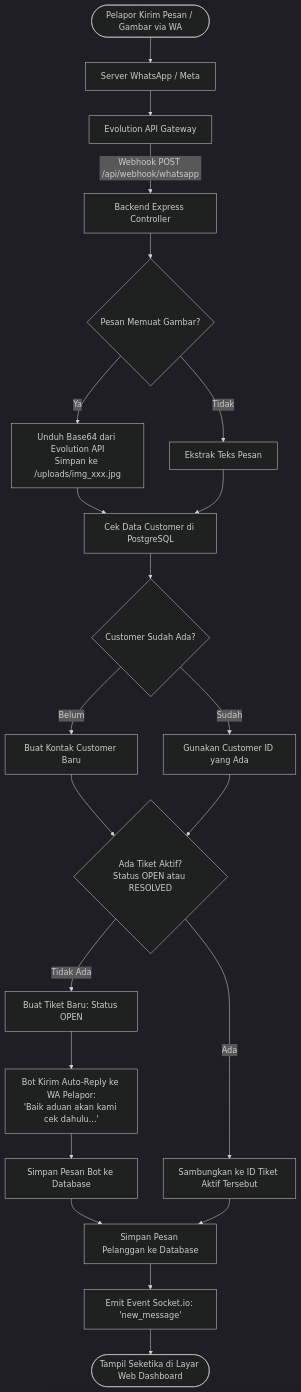
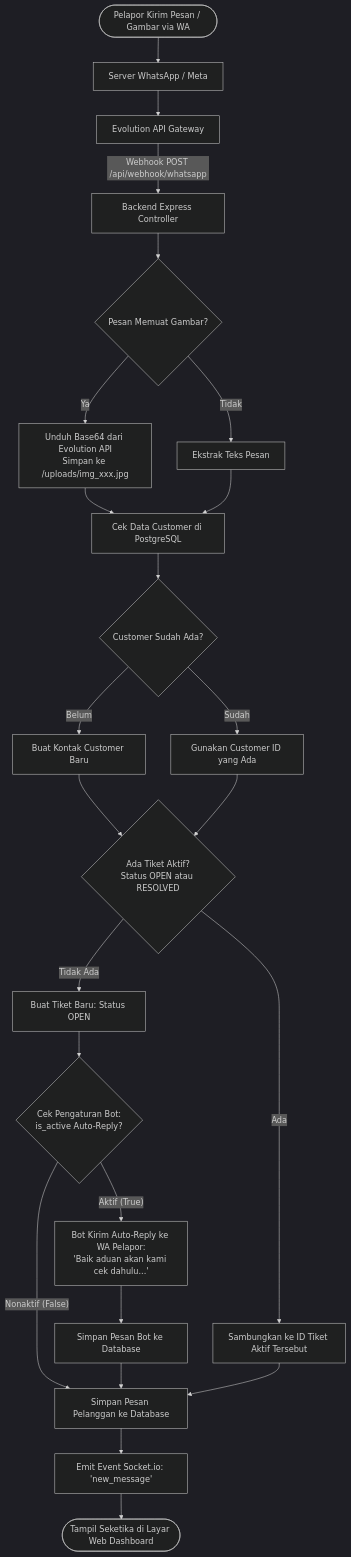
One commit to llaurensius/hts-chat-integration changed the first of 5 diagrams in docs/System_Flowcharts.md. Above: the diagram before and after it, drawn with Mermaid (dark theme). The commit also changed other lines of this file and 12 other files, not shown here.

````diff
--- a/docs/System_Flowcharts.md
+++ b/docs/System_Flowcharts.md
@@ -13,29 +13,31 @@
 ```mermaid
 flowchart TD
     A([Pelapor Kirim Pesan / Gambar via WA]) --> B[Server WhatsApp / Meta]
     B --> C[Evolution API Gateway]
     C -->|Webhook POST /api/webhook/whatsapp| D[Backend Express Controller]
     
     D --> E{Pesan Memuat Gambar?}
     E -- Ya --> F[Unduh Base64 dari Evolution API\nSimpan ke /uploads/img_xxx.jpg]
     E -- Tidak --> G[Ekstrak Teks Pesan]
     F --> H[Cek Data Customer di PostgreSQL]
     G --> H
     
     H --> I{Customer Sudah Ada?}
     I -- Belum --> J[Buat Kontak Customer Baru]
     I -- Sudah --> K[Gunakan Customer ID yang Ada]
     J --> L{Ada Tiket Aktif?\nStatus OPEN atau RESOLVED}
     K --> L
     
     L -- Tidak Ada --> M[Buat Tiket Baru: Status OPEN]
-    M --> N[Bot Kirim Auto-Reply ke WA Pelapor:\n'Baik aduan akan kami cek dahulu...']
-    N --> O[Simpan Pesan Bot ke Database]
-    O --> P[Simpan Pesan Pelanggan ke Database]
+    M --> N1{Cek Pengaturan Bot:\nis_active Auto-Reply?}
+    N1 -- Aktif (True) --> N2[Bot Kirim Auto-Reply ke WA Pelapor:\n'Baik aduan akan kami cek dahulu...']
+    N1 -- Nonaktif (False) --> P[Simpan Pesan Pelanggan ke Database]
+    N2 --> O[Simpan Pesan Bot ke Database]
+    O --> P
     
     L -- Ada --> Q[Sambungkan ke ID Tiket Aktif Tersebut]
     Q --> P
     
     P --> R[Emit Event Socket.io: 'new_message']
     R --> S([Tampil Seketika di Layar Web Dashboard])
 ```
````
